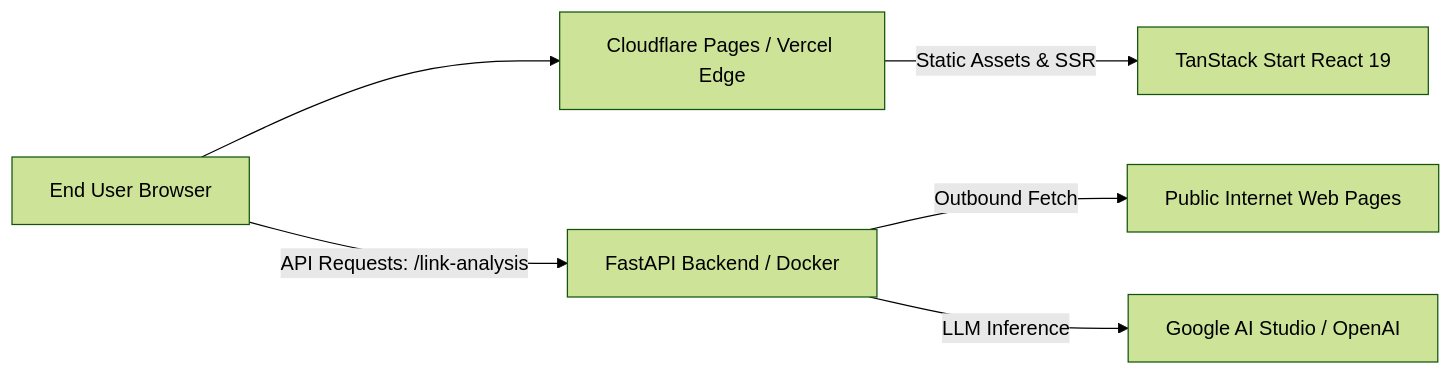
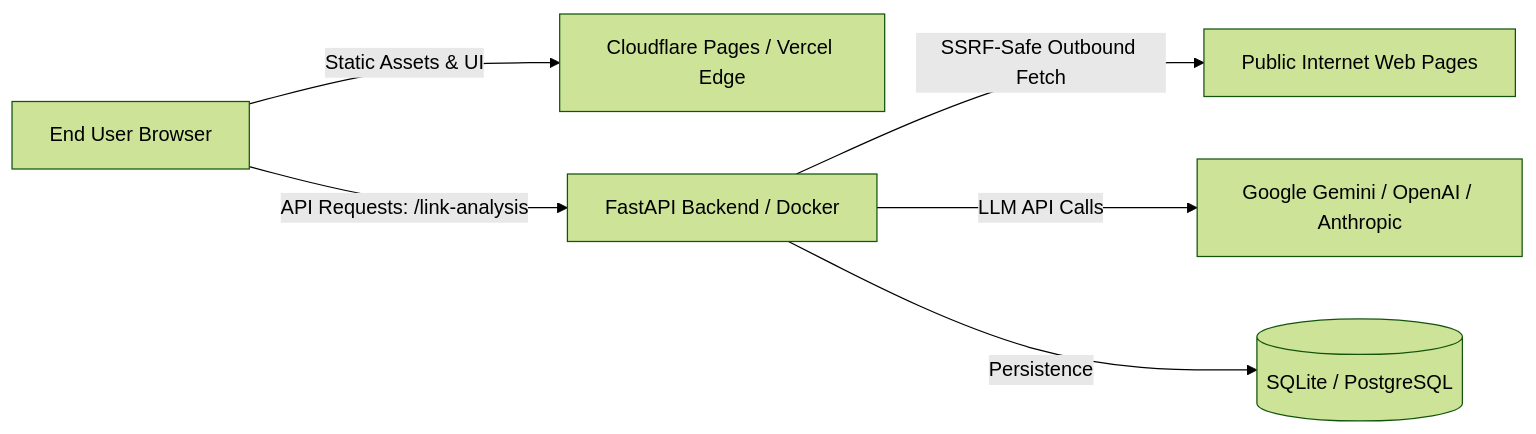
The diagram in docs/deployment.md (Mandar-code143/link-sleuth-studio), drawn with Mermaid (forest theme) before and after one commit. The commit also changed other lines of this file and 35 other files, not shown here.

````diff
--- a/docs/deployment.md
+++ b/docs/deployment.md
@@ -15,8 +15,8 @@
 ```mermaid
 flowchart LR
-    Client[End User Browser] --> CDN[Cloudflare Pages / Vercel Edge]
-    CDN -->|Static Assets & SSR| WebApp[TanStack Start React 19]
-    Client -->|API Requests: /link-analysis| Backend[FastAPI Backend / Docker]
-    Backend -->|Outbound Fetch| Internet[Public Internet Web Pages]
-    Backend -->|LLM Inference| AIStudio[Google AI Studio / OpenAI]
+    Browser[End User Browser] -->|Static Assets & UI| CDN[Cloudflare Pages / Vercel Edge]
+    Browser -->|API Requests: /link-analysis| Backend[FastAPI Backend / Docker]
+    Backend -->|SSRF-Safe Outbound Fetch| Internet[Public Internet Web Pages]
+    Backend -->|LLM API Calls| Providers[Google Gemini / OpenAI / Anthropic]
+    Backend -->|Persistence| DB[(SQLite / PostgreSQL)]
 ```
````
